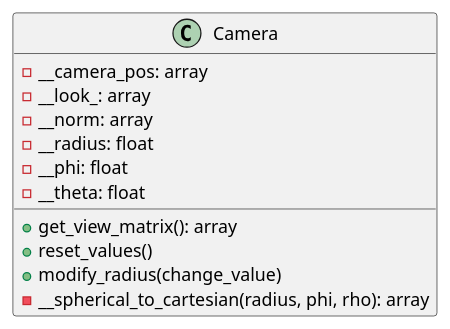
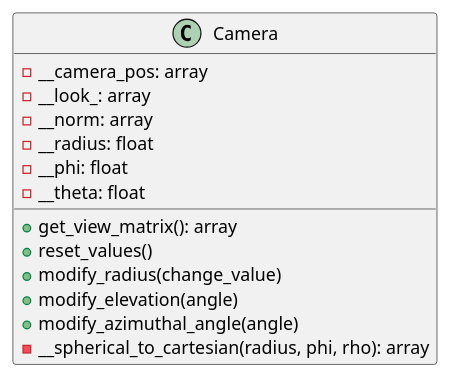
Before and after one commit to ferpoble2/Relief_Creator: the diagram in docs/classes/camera.puml, drawn with PlantUML. The commit also changed 7 other files, not shown here.

Commit message:
Added movement along the azimutal and elevation angle with the controller

```diff
--- a/docs/classes/camera.puml
+++ b/docs/classes/camera.puml
@@ -1,17 +1,19 @@
 @startuml
 
 class Camera{
         - __camera_pos: array
         - __look_: array
         - __norm: array
         - __radius: float
         - __phi: float
         - __theta: float
 
         + get_view_matrix(): array
         + reset_values()
         + modify_radius(change_value)
+        + modify_elevation(angle)
+        + modify_azimuthal_angle(angle)
         - __spherical_to_cartesian(radius, phi, rho): array
 }
 
 @enduml
```
